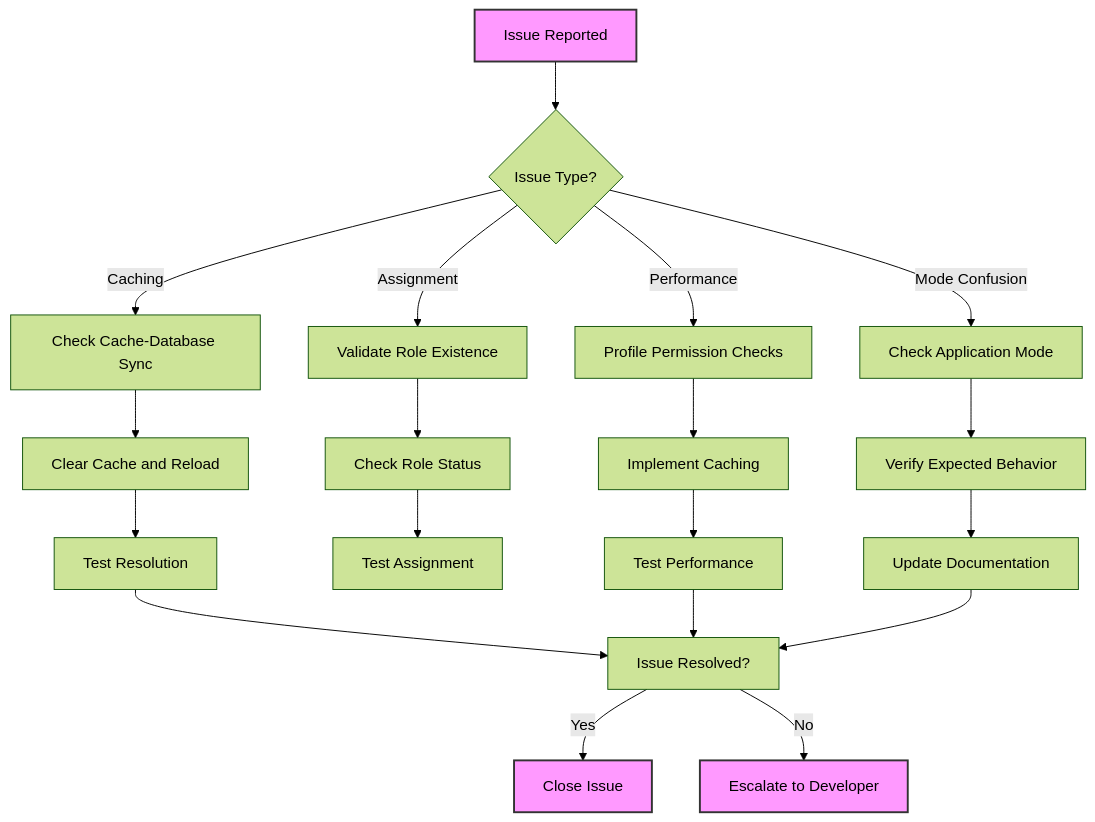
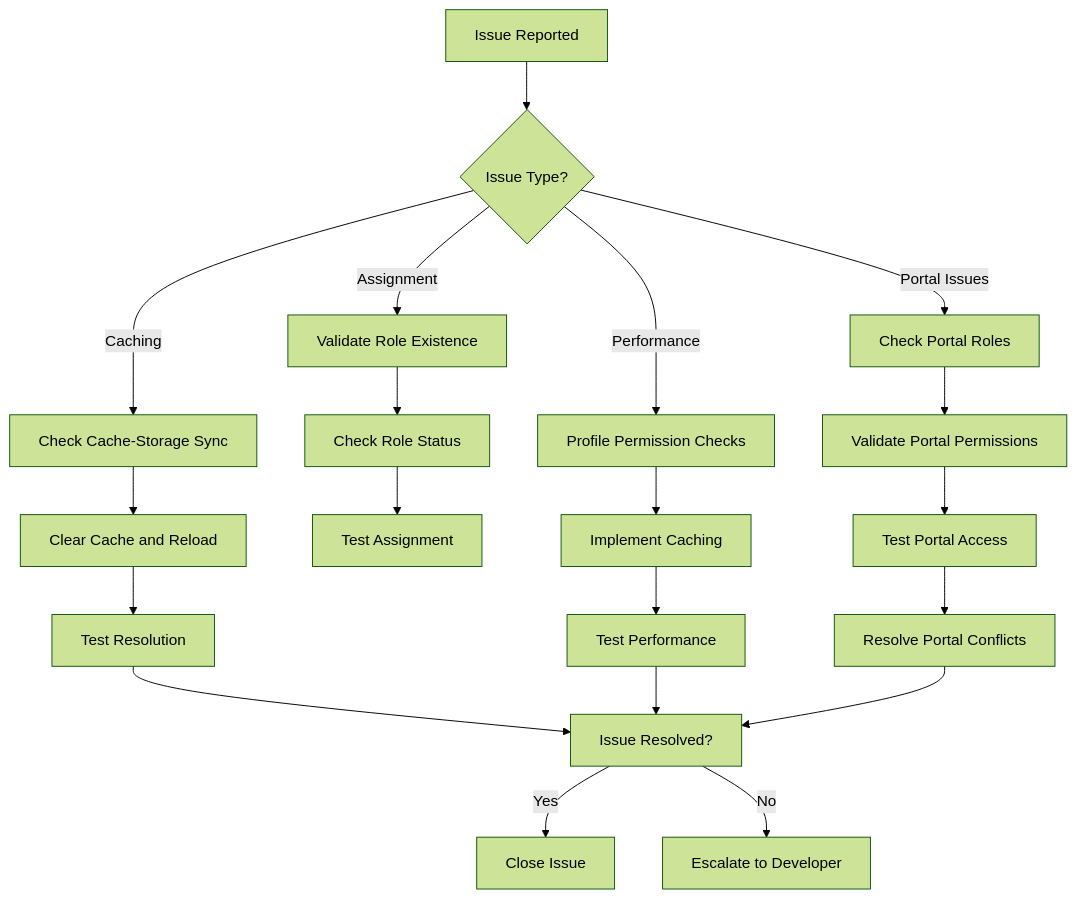
One commit to geniusdynamics/schoolpilot changed the ninth of 9 diagrams in .qoder/repowiki/en/content/Core Systems/Authentication & Authorization/RBAC Architecture.md. Above: the diagram before and after it, drawn with Mermaid (forest theme). The commit also changed other lines of this file and 760 other files, not shown here.

````diff
--- a/.qoder/repowiki/en/content/Core Systems/Authentication & Authorization/RBAC Architecture.md
+++ b/.qoder/repowiki/en/content/Core Systems/Authentication & Authorization/RBAC Architecture.md
@@ -492,24 +443,22 @@
 ```mermaid
 flowchart TD
 A[Issue Reported] --> B{Issue Type?}
-B --> |Caching| C[Check Cache-Database Sync]
+B --> |Caching| C[Check Cache-Storage Sync]
 C --> D[Clear Cache and Reload]
 D --> E[Test Resolution]
 B --> |Assignment| F[Validate Role Existence]
 F --> G[Check Role Status]
 G --> H[Test Assignment]
 B --> |Performance| I[Profile Permission Checks]
 I --> J[Implement Caching]
 J --> K[Test Performance]
-B --> |Mode Confusion| L[Check Application Mode]
-L --> M[Verify Expected Behavior]
-M --> N[Update Documentation]
-E --> O[Issue Resolved?]
-K --> O
-N --> O
-O --> |Yes| P[Close Issue]
-O --> |No| Q[Escalate to Developer]
-style A fill:#f9f,stroke:#333,stroke-width:2px
-style P fill:#f9f,stroke:#333,stroke-width:2px
-style Q fill:#f9f,stroke:#333,stroke-width:2px
+B --> |Portal Issues| L[Check Portal Roles]
+L --> M[Validate Portal Permissions]
+M --> N[Test Portal Access]
+N --> O[Resolve Portal Conflicts]
+E --> P[Issue Resolved?]
+K --> P
+P --> |Yes| Q[Close Issue]
+P --> |No| R[Escalate to Developer]
+O --> P
 ```
````
